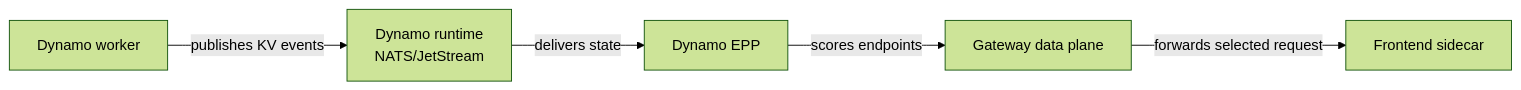
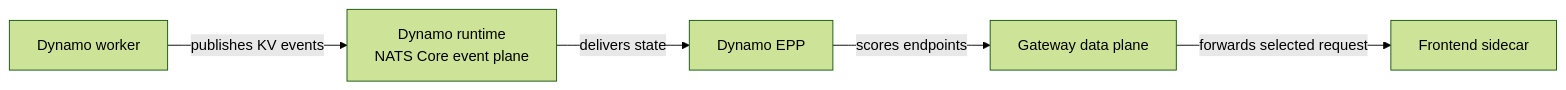
The second of 2 diagrams in docs/kubernetes/gateway-api/reference.mdx (wxsms/dynamo), drawn with Mermaid (forest theme) before and after one commit. The commit also changed other lines of this file and 94 other files, not shown here.

````diff
--- a/docs/kubernetes/gateway-api/reference.mdx
+++ b/docs/kubernetes/gateway-api/reference.mdx
@@ -112,7 +112,7 @@
 ```mermaid
 flowchart LR
-    Worker["Dynamo worker"] -->|"publishes KV events"| NATS["Dynamo runtime<br/>NATS/JetStream"]
+    Worker["Dynamo worker"] -->|"publishes KV events"| NATS["Dynamo runtime<br/>NATS Core event plane"]
     NATS -->|"delivers state"| EPP["Dynamo EPP"]
     EPP -->|"scores endpoints"| Gateway["Gateway data plane"]
     Gateway -->|"forwards selected request"| Sidecar["Frontend sidecar"]
 ```
````
